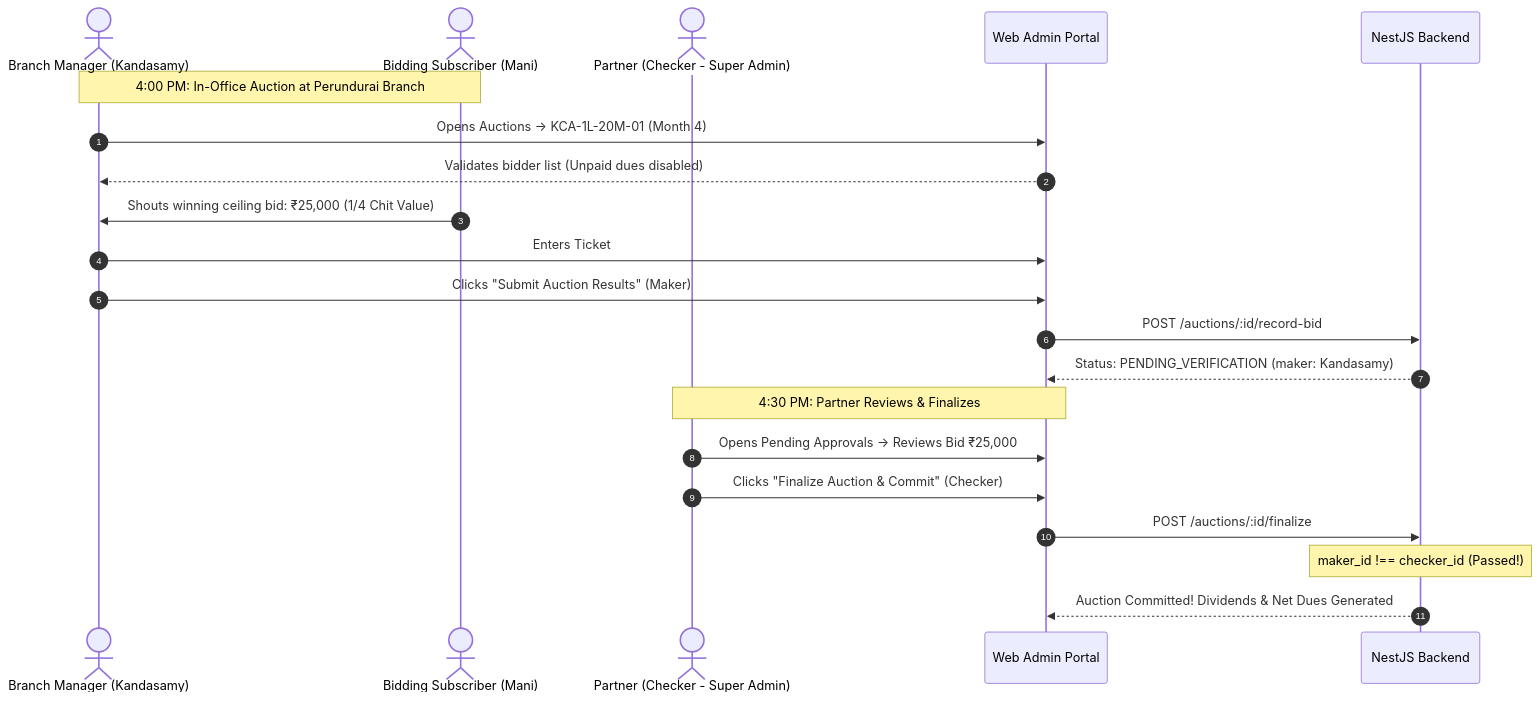
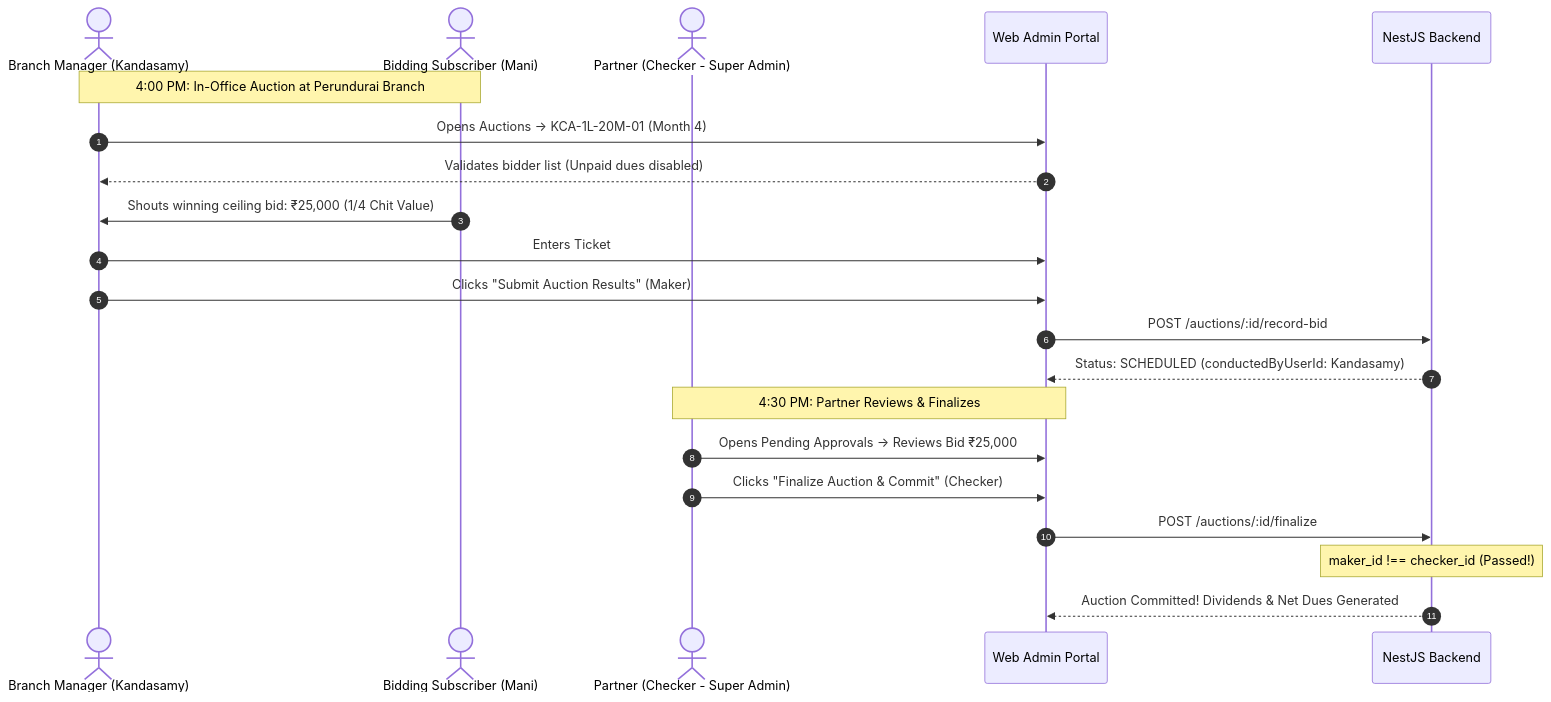
The second of 4 diagrams in docs/02-requirements/educational-guides/persona-5-branch-manager.md (Kathir-24/Kumaran-finance), drawn with Mermaid before and after one commit. The commit also changed other lines of this file and 4 other files, not shown here.

````diff
--- a/docs/02-requirements/educational-guides/persona-5-branch-manager.md
+++ b/docs/02-requirements/educational-guides/persona-5-branch-manager.md
@@ -108,25 +109,25 @@
 ```mermaid
 sequenceDiagram
     autonumber
     actor BM as Branch Manager (Kandasamy)
     actor M as Bidding Subscriber (Mani)
     actor P as Partner (Checker - Super Admin)
     participant UI as Web Admin Portal
     participant API as NestJS Backend
 
     Note over BM,M: 4:00 PM: In-Office Auction at Perundurai Branch
     BM->>UI: Opens Auctions -> KCA-1L-20M-01 (Month 4)
     UI-->>BM: Validates bidder list (Unpaid dues disabled)
     M->>BM: Shouts winning ceiling bid: ₹25,000 (1/4 Chit Value)
     BM->>UI: Enters Ticket #9, Bid Discount ₹25,000
     BM->>UI: Clicks "Submit Auction Results" (Maker)
     UI->>API: POST /auctions/:id/record-bid
-    API-->>UI: Status: PENDING_VERIFICATION (maker: Kandasamy)
+    API-->>UI: Status: SCHEDULED (conductedByUserId: Kandasamy)
 
     Note over P,UI: 4:30 PM: Partner Reviews & Finalizes
     P->>UI: Opens Pending Approvals -> Reviews Bid ₹25,000
     P->>UI: Clicks "Finalize Auction & Commit" (Checker)
     UI->>API: POST /auctions/:id/finalize
     Note over API: maker_id !== checker_id (Passed!)
     API-->>UI: Auction Committed! Dividends & Net Dues Generated
 ```
````
